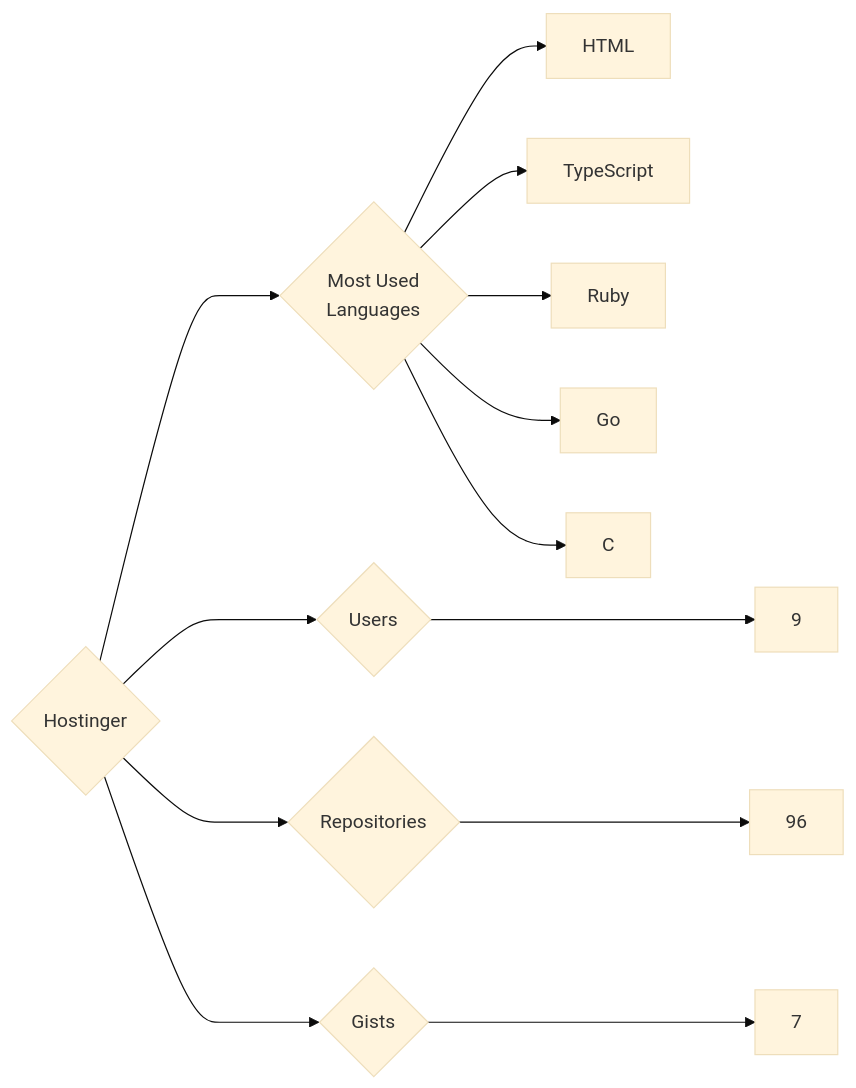
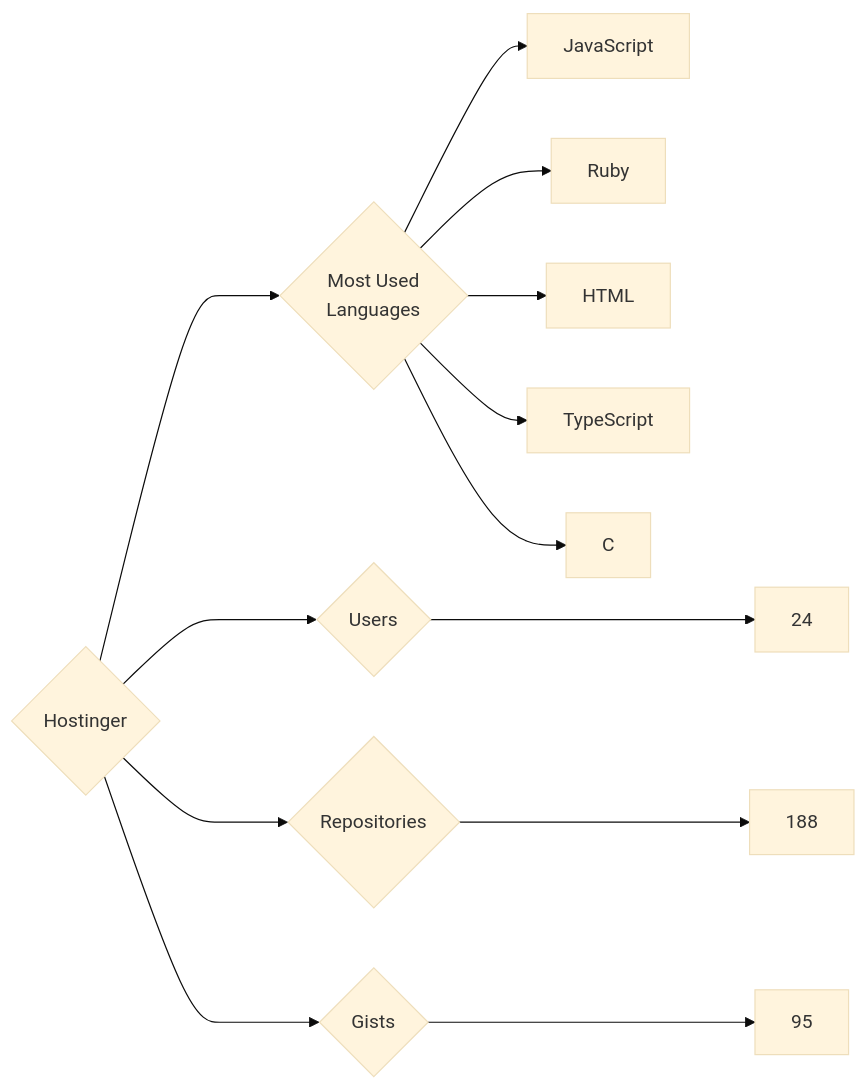
Before and after one commit to trickest/insiders: the diagram in targets/Hostinger/README.md, drawn with Mermaid (base theme). The commit also changed 749 other files, not shown here.

````diff
--- a/targets/Hostinger/README.md
+++ b/targets/Hostinger/README.md
@@ -3,13 +3,13 @@
 ```mermaid
 graph LR
 COMPANY_NAME{Hostinger}
-COMPANY_NAME ---> U{Users} ---> UN[9]
-COMPANY_NAME ---> R{Repositories} ---> RN[96]
-COMPANY_NAME ---> G{Gists} ---> GN[7]
+COMPANY_NAME ---> U{Users} ---> UN[24]
+COMPANY_NAME ---> R{Repositories} ---> RN[188]
+COMPANY_NAME ---> G{Gists} ---> GN[95]
 COMPANY_NAME ---> ML{Most Used<br>Languages}
+ML --> JavaScript[JavaScript]
+ML --> Ruby[Ruby]
 ML --> HTML[HTML]
 ML --> TypeScript[TypeScript]
-ML --> Ruby[Ruby]
-ML --> Go[Go]
 ML --> C[C]
 ```
````
